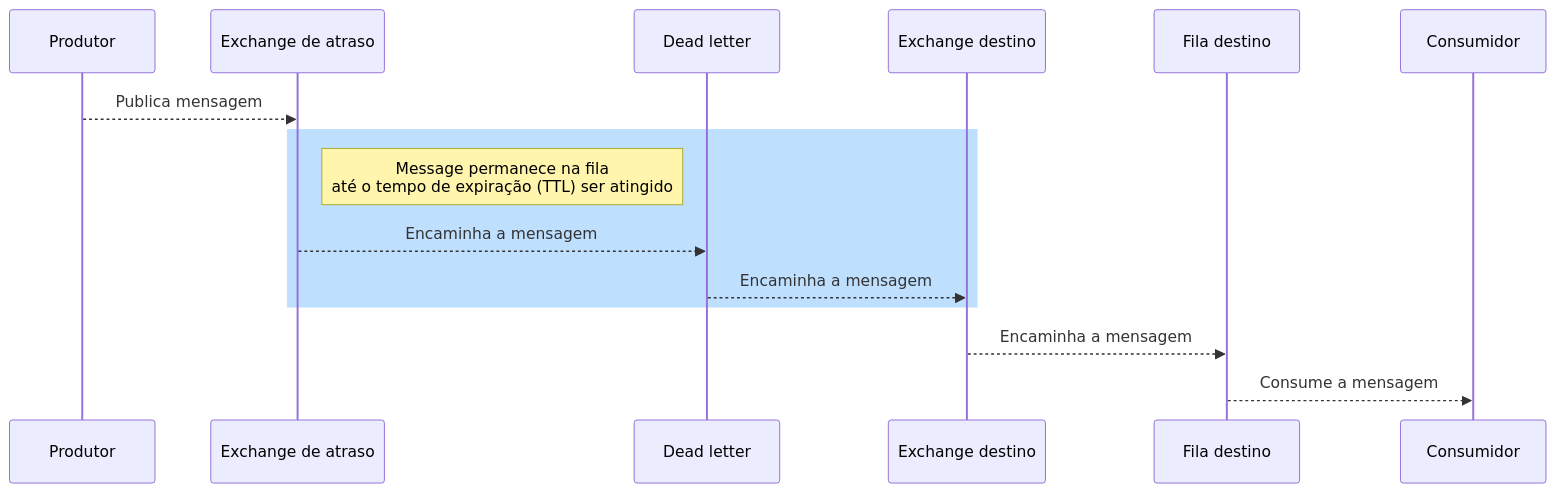
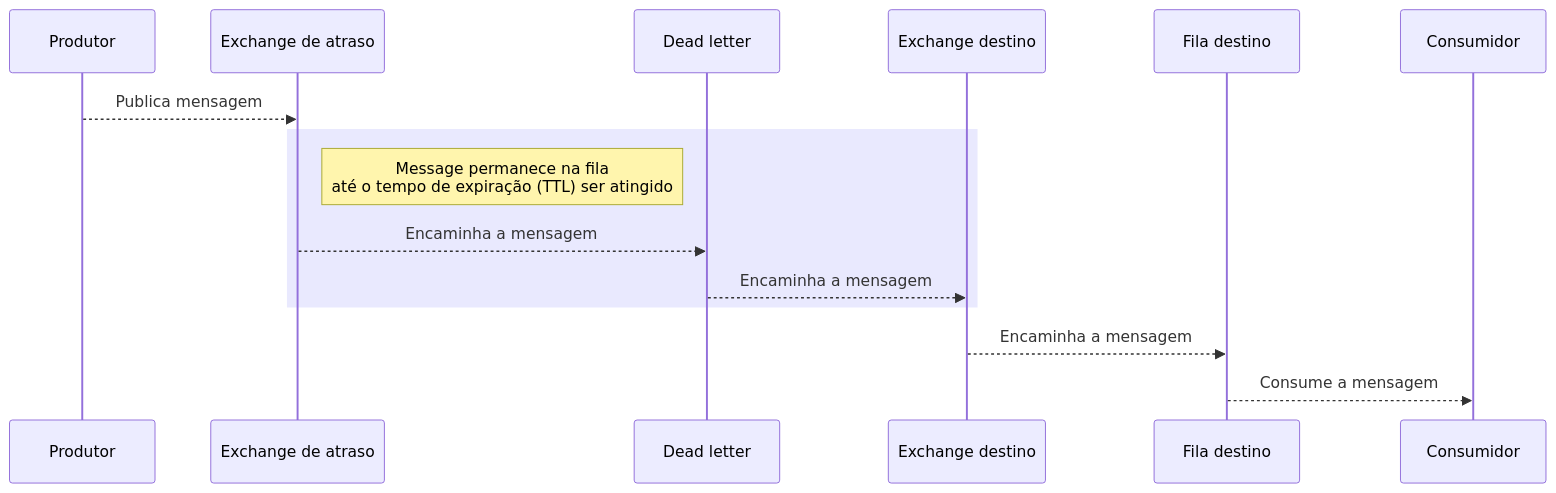
Before and after one commit to alisonsm92/delayed-rabbit: the second of 2 diagrams in readme.md, drawn with Mermaid.

Commit message:
doc: change diagram backgorund color

````diff
--- a/readme.md
+++ b/readme.md
@@ -24,11 +24,11 @@
 ```mermaid
 sequenceDiagram
     Produtor-->>Exchange de atraso: Publica mensagem
-    rect rgb(191, 223, 255)
+    rect rgb(233, 233, 254)
     note right of Exchange de atraso: Message permanece na fila<br>até o tempo de expiração (TTL) ser atingido
     Exchange de atraso-->>Dead letter: Encaminha a mensagem
     Dead letter-->>Exchange destino: Encaminha a mensagem
     end
     Exchange destino-->>Fila destino: Encaminha a mensagem
     Fila destino-->>Consumidor: Consume a mensagem
 ```
````
